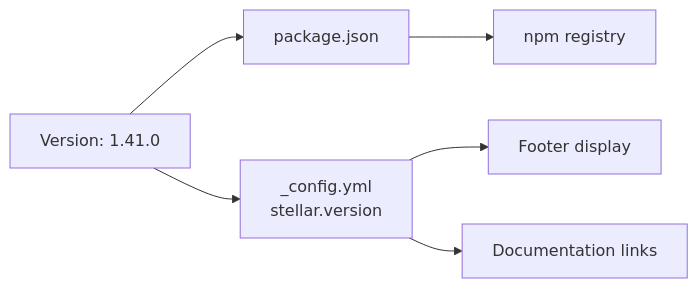
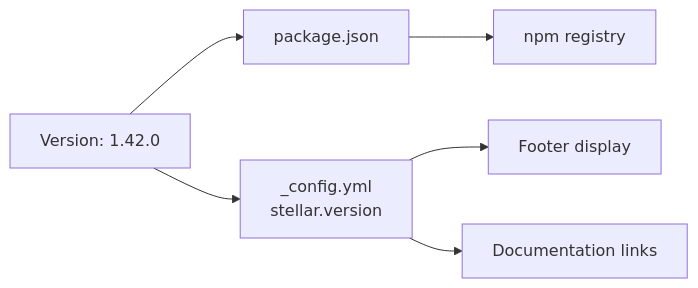
One commit to penndu/hexo changed the fifth of 5 diagrams in themes/stellar/docs/knowledge/00-总览与安装配置/installation.md. Above: the diagram before and after it, drawn with Mermaid. The commit also changed other lines of this file and 31 other files, not shown here.

````diff
--- a/themes/stellar/docs/knowledge/00-总览与安装配置/installation.md
+++ b/themes/stellar/docs/knowledge/00-总览与安装配置/installation.md
@@ -373,14 +373,14 @@
 ```mermaid
 graph LR
-    VER["Version: 1.41.0"]
+    VER["Version: 1.42.0"]
     
     PKG["package.json"]
     CONFIG["_config.yml<br/>stellar.version"]
     
     VER --> PKG
     VER --> CONFIG
     
     PKG --> NPM["npm registry"]
     CONFIG --> FOOTER["Footer display"]
     CONFIG --> DOCS["Documentation links"]
 ```
````
